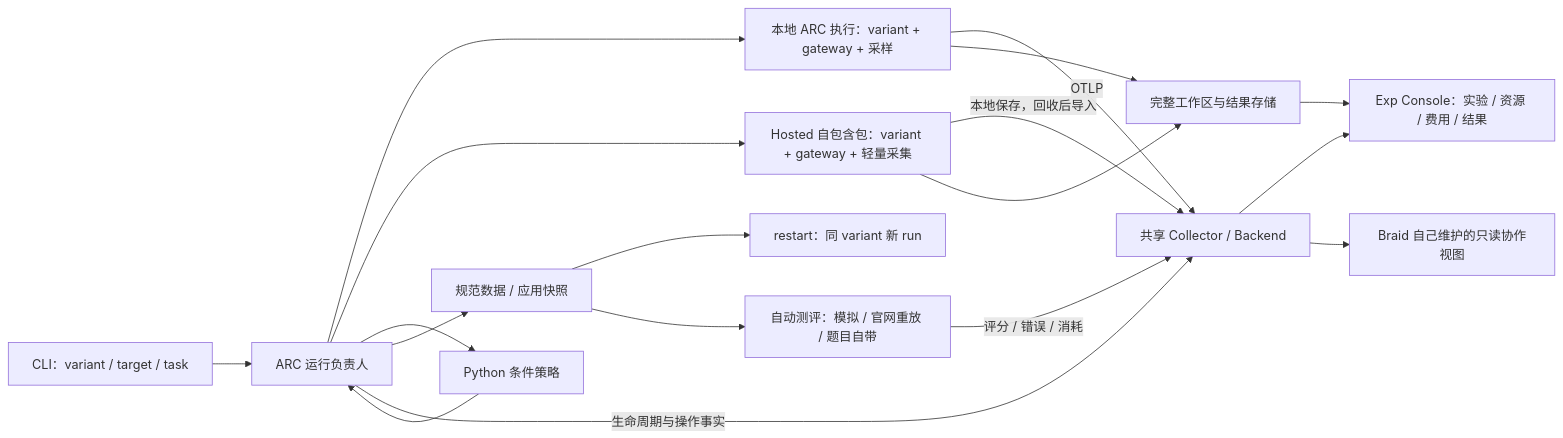
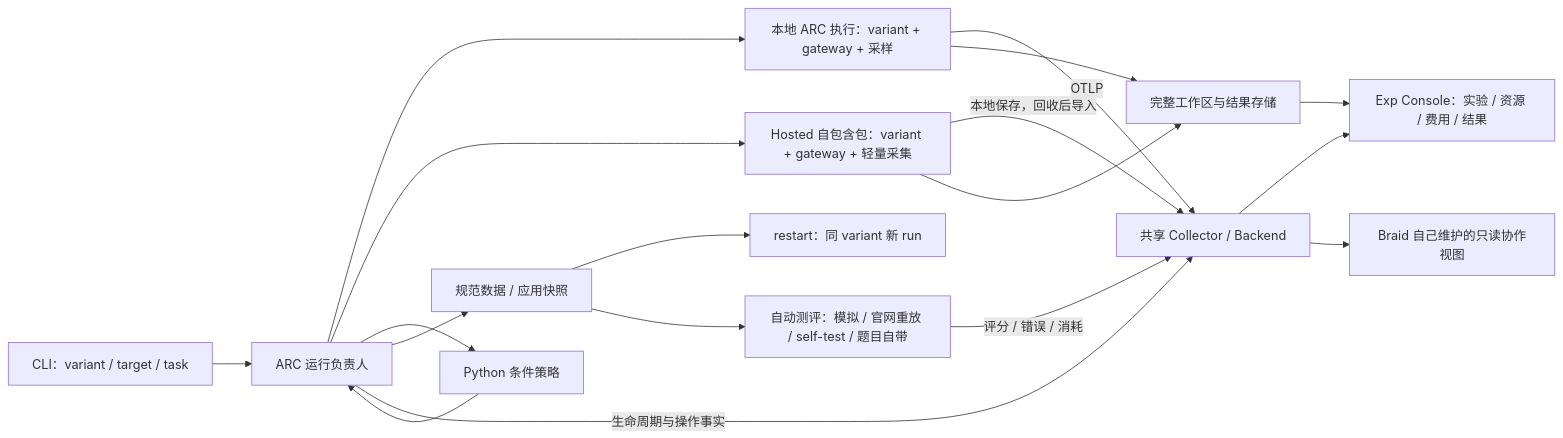
The diagram in tasks/finals-experiment-loop/design.md (xiaoland/gosim-factory26), drawn with Mermaid before and after one commit. The commit also changed other lines of this file and 3 other files, not shown here.

Commit message:
docs(lab): 核对原定目标并收敛完整验收缺口 - 对照正常使用结果区分实现、实际证据和剩余目标 - 统一轻量安装、两个 DX variant 与 self-test 设计范围 - 保留上传阻断与观察修复因果及跨宿主接续责任

````diff
--- a/tasks/finals-experiment-loop/design.md
+++ b/tasks/finals-experiment-loop/design.md
@@ -61,20 +63,20 @@
 ```mermaid
 flowchart LR
     CLI["CLI：variant / target / task"] --> Run["ARC 运行负责人"]
     Run --> Local["本地 ARC 执行：variant + gateway + 采样"]
     Run --> Hosted["Hosted 自包含包：variant + gateway + 轻量采集"]
     Run --> Policy["Python 条件策略"]
     Policy --> Run
     Run --> Snapshot["规范数据 / 应用快照"]
     Snapshot --> Next["restart：同 variant 新 run"]
-    Snapshot --> Eval["自动测评：模拟 / 官网重放 / 题目自带"]
+    Snapshot --> Eval["自动测评：模拟 / 官网重放 / self-test / 题目自带"]
     Local -->|"OTLP"| Obs["共享 Collector / Backend"]
     Hosted -->|"本地保存，回收后导入"| Obs
     Local --> Archive["完整工作区与结果存储"]
     Hosted --> Archive
     Run -->|"生命周期与操作事实"| Obs
     Eval -->|"评分 / 错误 / 消耗"| Obs
     Obs --> Console["Exp Console：实验 / 资源 / 费用 / 结果"]
     Obs --> Braid["Braid 自己维护的只读协作视图"]
     Archive --> Console
 ```
````
